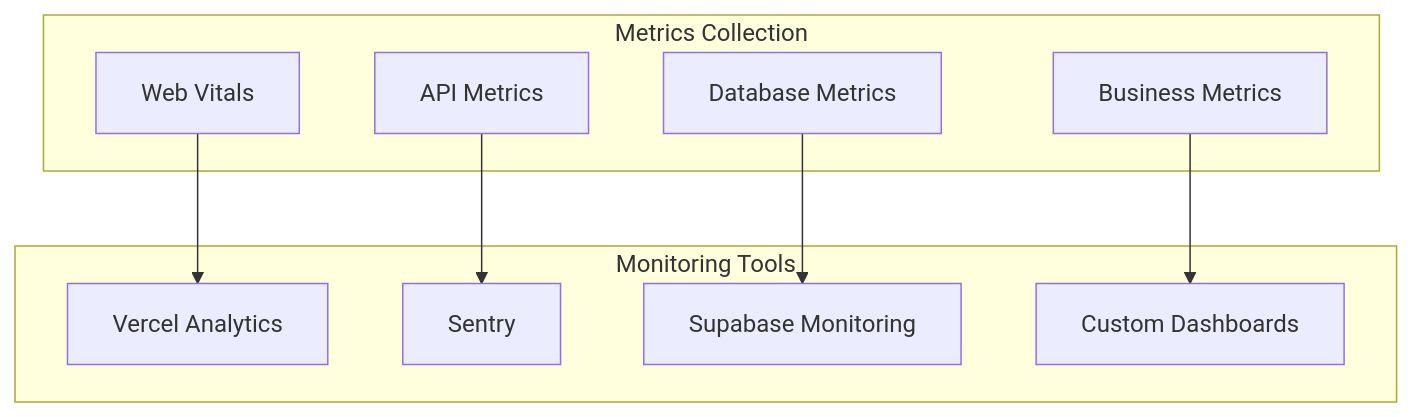
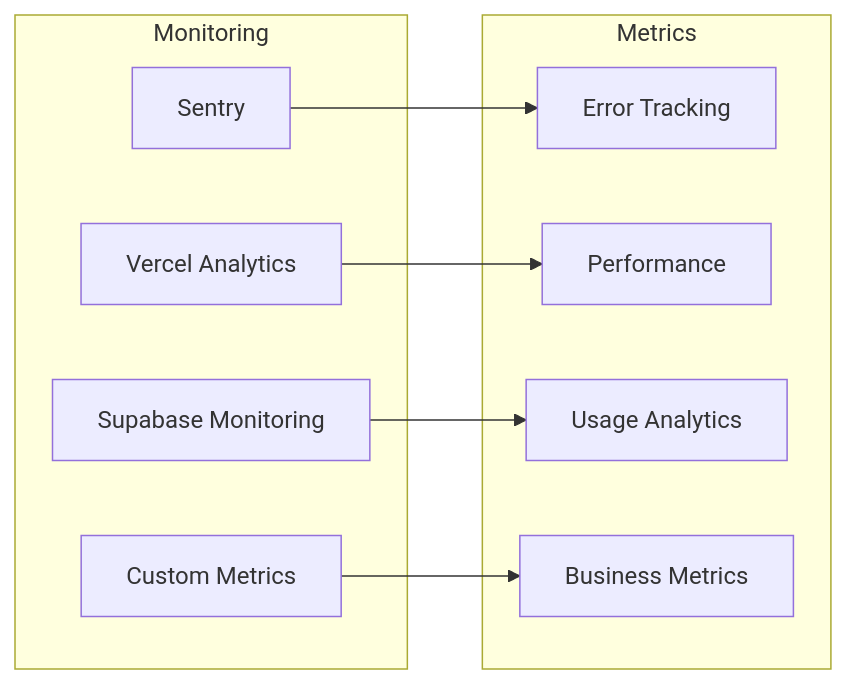
The eighth of 18 diagrams in docs/ARCHITECTURE.md (HenryVantieghem/Meridian-app), drawn with Mermaid before and after one commit. The commit also changed other lines of this file and 8 other files, not shown here.

````diff
--- a/docs/ARCHITECTURE.md
+++ b/docs/ARCHITECTURE.md
@@ -299,21 +284,21 @@
 ```mermaid
-graph TB
-    subgraph "Metrics Collection"
-        WebVitals[Web Vitals]
-        APIMetrics[API Metrics]
-        DatabaseMetrics[Database Metrics]
-        BusinessMetrics[Business Metrics]
+graph LR
+    subgraph "Monitoring"
+        Sentry[Sentry]
+        Vercel[Vercel Analytics]
+        Supabase[Supabase Monitoring]
+        Custom[Custom Metrics]
     end
-
-    subgraph "Monitoring Tools"
-        VercelAnalytics[Vercel Analytics]
-        Sentry[Sentry]
-        SupabaseMonitoring[Supabase Monitoring]
-        CustomDashboards[Custom Dashboards]
+    
+    subgraph "Metrics"
+        Errors[Error Tracking]
+        Performance[Performance]
+        Usage[Usage Analytics]
+        Business[Business Metrics]
     end
-
-    WebVitals --> VercelAnalytics
-    APIMetrics --> Sentry
-    DatabaseMetrics --> SupabaseMonitoring
-    BusinessMetrics --> CustomDashboards
+    
+    Sentry --> Errors
+    Vercel --> Performance
+    Supabase --> Usage
+    Custom --> Business
 ```
````
